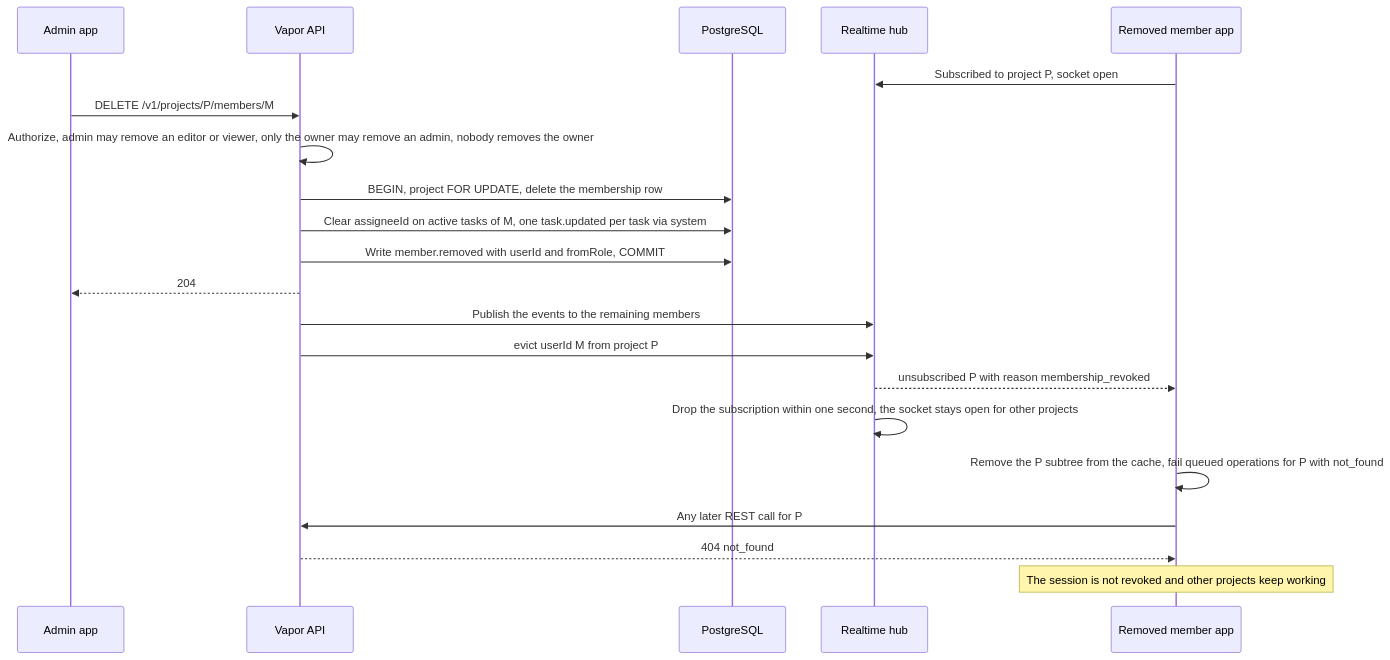
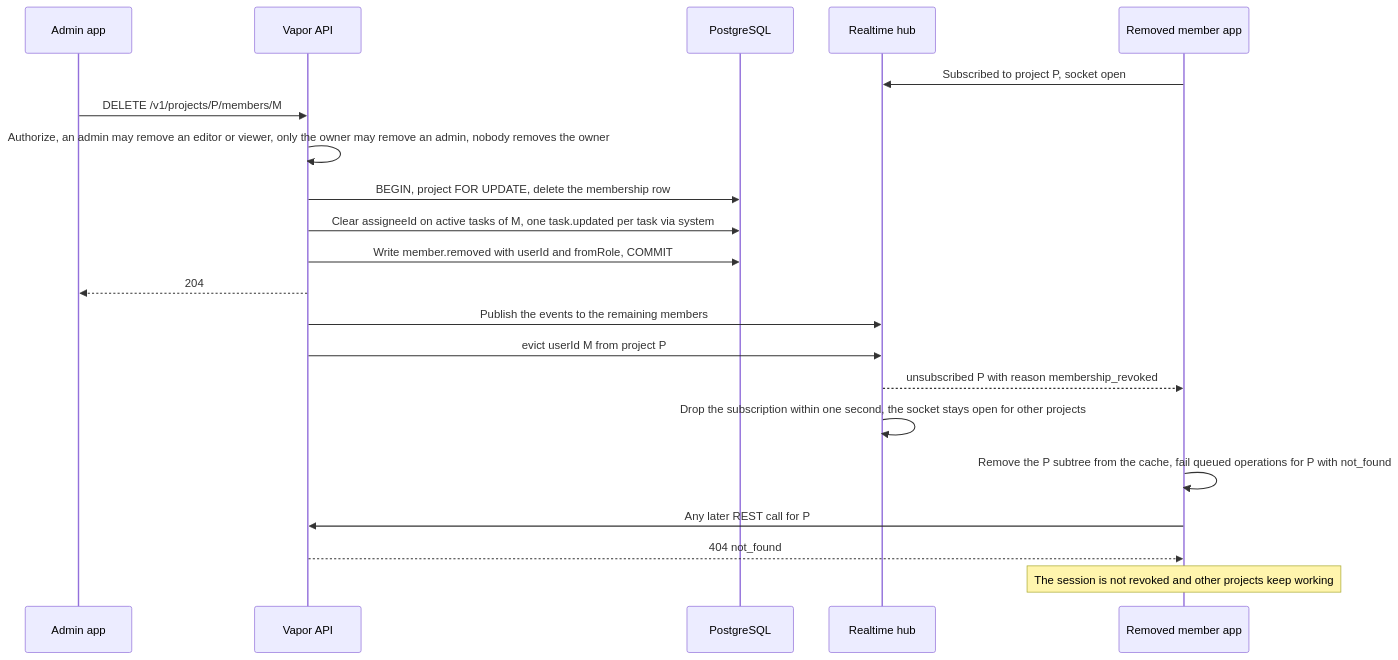
Diagram 13 of 13 in docs/architecture.md (cdcucco/Shared-Kanban), drawn with Mermaid before and after one commit. The commit also changed other lines of this file and 1 other file, not shown here.

First line of the commit message:
docs: architecture and threat model drafts

````diff
--- a/docs/architecture.md
+++ b/docs/architecture.md
@@ -753,23 +686,23 @@
 ```mermaid
 sequenceDiagram
     participant Adm as Admin app
     participant API as Vapor API
     participant DB as PostgreSQL
     participant Hub as Realtime hub
     participant Mem as Removed member app
     Mem->>Hub: Subscribed to project P, socket open
     Adm->>API: DELETE /v1/projects/P/members/M
-    API->>API: Authorize, admin may remove an editor or viewer, only the owner may remove an admin, nobody removes the owner
+    API->>API: Authorize, an admin may remove an editor or viewer, only the owner may remove an admin, nobody removes the owner
     API->>DB: BEGIN, project FOR UPDATE, delete the membership row
     API->>DB: Clear assigneeId on active tasks of M, one task.updated per task via system
     API->>DB: Write member.removed with userId and fromRole, COMMIT
     API-->>Adm: 204
     API->>Hub: Publish the events to the remaining members
     API->>Hub: evict userId M from project P
     Hub-->>Mem: unsubscribed P with reason membership_revoked
     Hub->>Hub: Drop the subscription within one second, the socket stays open for other projects
     Mem->>Mem: Remove the P subtree from the cache, fail queued operations for P with not_found
     Mem->>API: Any later REST call for P
     API-->>Mem: 404 not_found
     Note over Mem: The session is not revoked and other projects keep working
 ```
````
